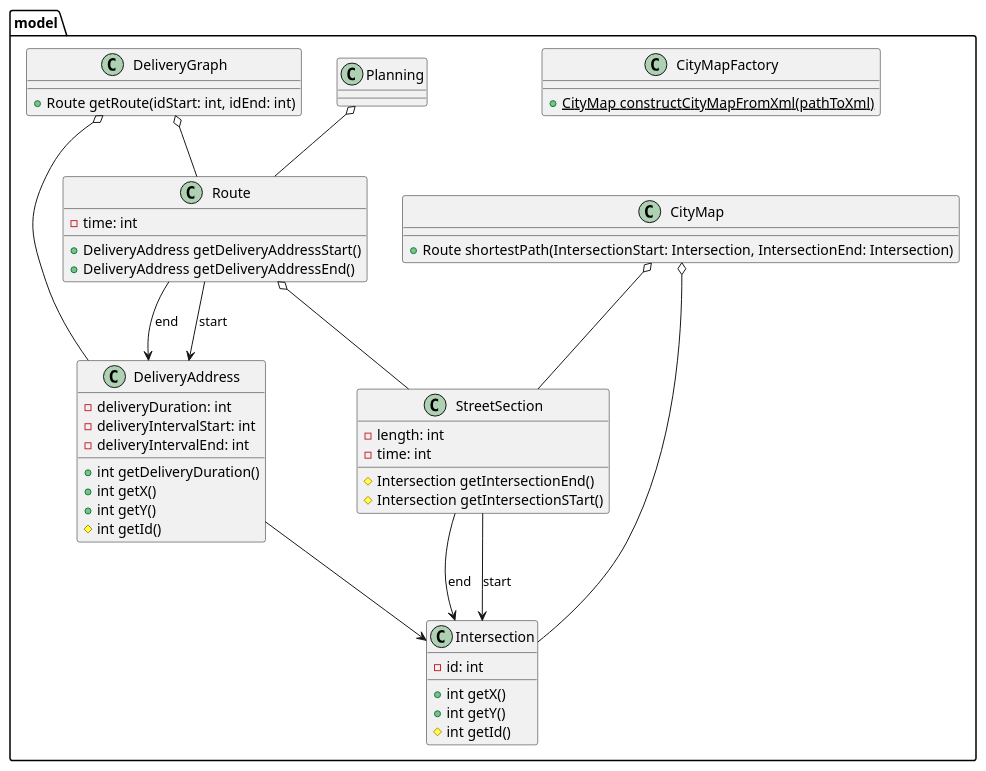
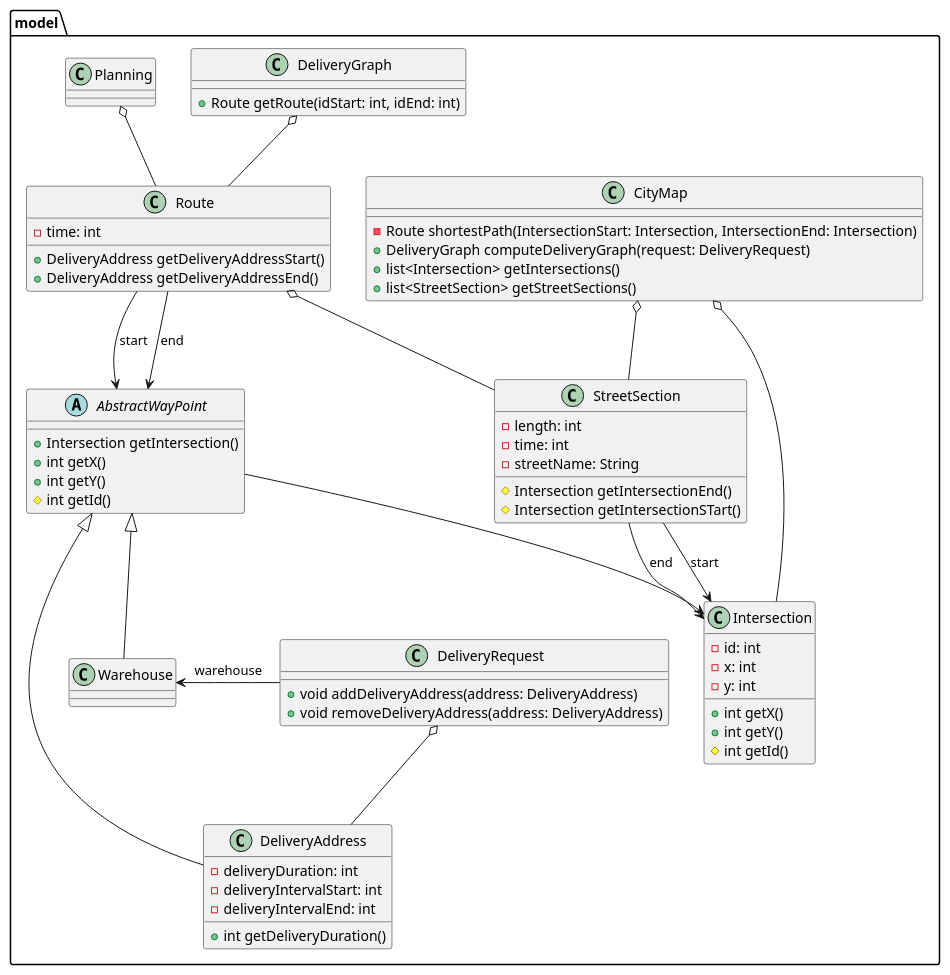
Before and after one commit to if-h4102/pld-agile: the diagram in docs/uml/package.model.puml, drawn with PlantUML. The commit also changed 1 other file, not shown here.

```diff
--- a/docs/uml/package.model.puml
+++ b/docs/uml/package.model.puml
@@ -1,65 +1,81 @@
 @startuml
 
 package model {
-    class CityMapFactory {
-        +{static} CityMap constructCityMapFromXml(pathToXml)
+    class CityMap {
+       -Route shortestPath(IntersectionStart: Intersection, IntersectionEnd: Intersection)
+       +DeliveryGraph computeDeliveryGraph(request: DeliveryRequest)
+       +list<Intersection> getIntersections()
+       +list<StreetSection> getStreetSections()
     }
 
-    class CityMap {
-       +Route shortestPath(IntersectionStart: Intersection, IntersectionEnd: Intersection)
+    class DeliveryGraph {
+        +Route getRoute(idStart: int, idEnd: int)
     }
 
     class StreetSection {
         -length: int
         -time: int
+        -streetName: String
         #Intersection getIntersectionEnd()
         #Intersection getIntersectionSTart()
     }
 
     class Intersection {
         -id: int
+        -x: int
+        -y: int
+        +int getX()
+        +int getY()
+        #int getId()
+    }
+
+    abstract class AbstractWayPoint {
+        +Intersection getIntersection()
         +int getX()
         +int getY()
         #int getId()
     }
 
     class DeliveryAddress {
         -deliveryDuration: int
         -deliveryIntervalStart: int
         -deliveryIntervalEnd: int
+        +int getDeliveryDuration()
+    }
 
-        +int getDeliveryDuration()
-        +int getX()
-        +int getY()
-        #int getId()
+    class Warehouse {
+    }
+
+    class DeliveryRequest {
+        +void addDeliveryAddress(address: DeliveryAddress)
+        +void removeDeliveryAddress(address: DeliveryAddress)
     }
 
     class Planning {
     }
 
     class Route {
         -time: int
         +DeliveryAddress getDeliveryAddressStart()
         +DeliveryAddress getDeliveryAddressEnd()
     }
 
-    class DeliveryGraph {
-        +Route getRoute(idStart: int, idEnd: int)
-    }
-
     CityMap o-- StreetSection
     CityMap o-- Intersection
-    DeliveryAddress --> Intersection
+    AbstractWayPoint --> Intersection
     StreetSection --> Intersection : end
     StreetSection --> Intersection : start
     Route o-- StreetSection
-    Route --> DeliveryAddress : end
-    Route --> DeliveryAddress : start
-    DeliveryGraph o-- DeliveryAddress
+    Route --> AbstractWayPoint : end
+    Route --> AbstractWayPoint : start
+    AbstractWayPoint <|-- DeliveryAddress
+    AbstractWayPoint <|-- Warehouse
+    DeliveryRequest o-- DeliveryAddress
+    DeliveryRequest -left-> Warehouse : warehouse
     DeliveryGraph o-- Route
     Planning o-- Route
 }
 
 
 
 @enduml
```
